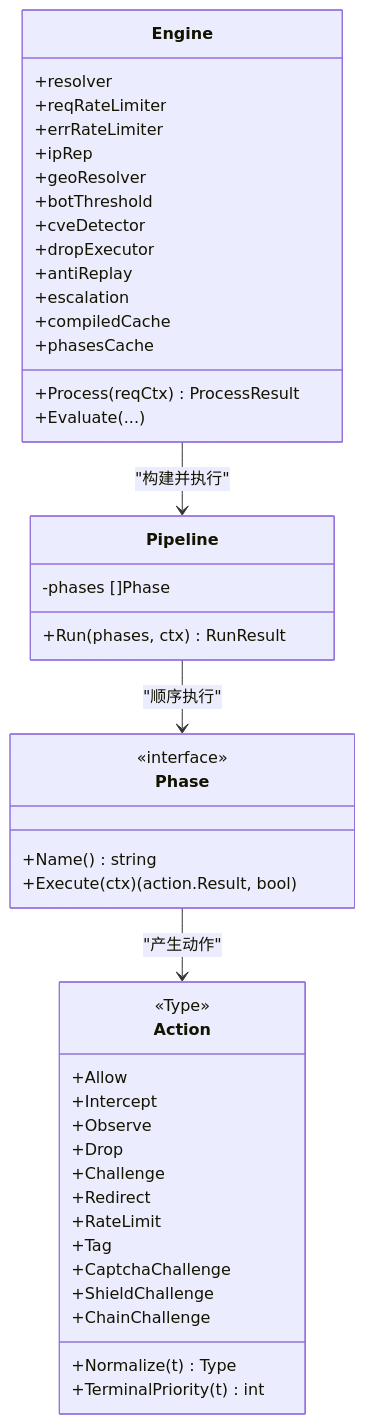
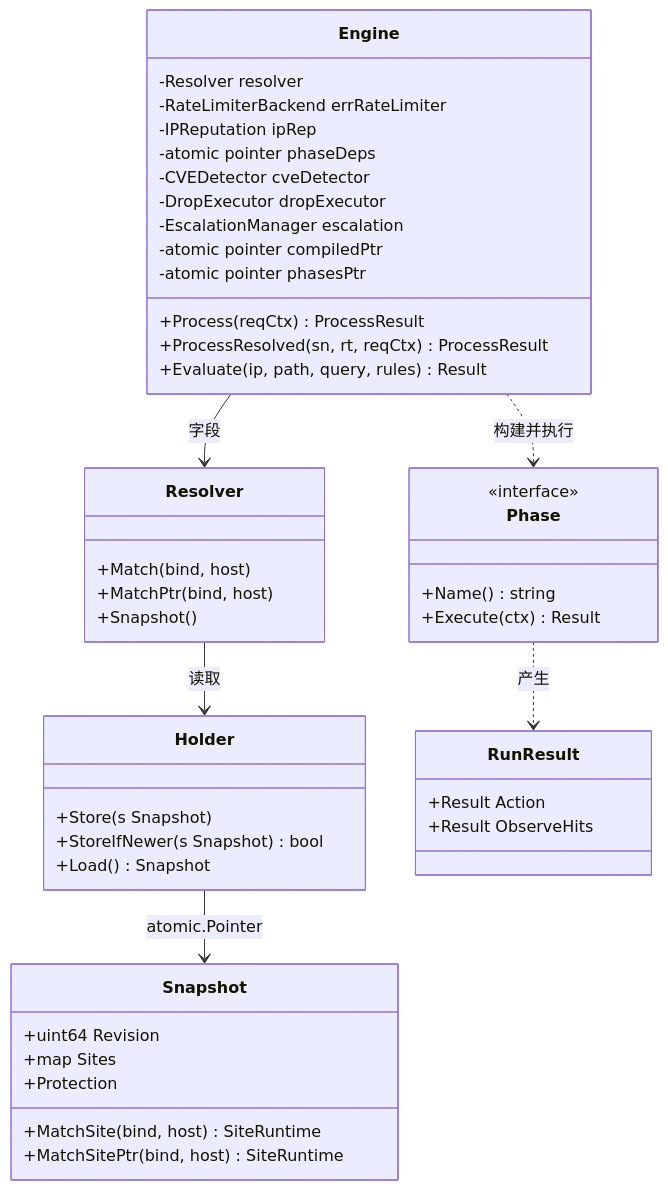
The second of 8 diagrams in docs/系统架构设计/组件关系图.md (x01n/My-OpenWaf), drawn with Mermaid before and after one commit. The commit also changed other lines of this file and 622 other files, not shown here.

````diff
--- a/docs/系统架构设计/组件关系图.md
+++ b/docs/系统架构设计/组件关系图.md
@@ -187,47 +195,48 @@
 ```mermaid
 classDiagram
+class Holder {
++Store(s Snapshot)
++StoreIfNewer(s Snapshot) bool
++Load() Snapshot
+}
+class Snapshot {
++uint64 Revision
++map Sites
++Protection
++MatchSite(bind, host) SiteRuntime
++MatchSitePtr(bind, host) SiteRuntime
+}
+class Resolver {
++Match(bind, host)
++MatchPtr(bind, host)
++Snapshot()
+}
 class Engine {
-+resolver
-+reqRateLimiter
-+errRateLimiter
-+ipRep
-+geoResolver
-+botThreshold
-+cveDetector
-+dropExecutor
-+antiReplay
-+escalation
-+compiledCache
-+phasesCache
+-Resolver resolver
+-RateLimiterBackend errRateLimiter
+-IPReputation ipRep
+-atomic pointer phaseDeps
+-CVEDetector cveDetector
+-DropExecutor dropExecutor
+-EscalationManager escalation
+-atomic pointer compiledPtr
+-atomic pointer phasesPtr
 +Process(reqCtx) ProcessResult
-+Evaluate(...)
-}
-class Pipeline {
--phases []Phase
-+Run(phases, ctx) RunResult
++ProcessResolved(sn, rt, reqCtx) ProcessResult
++Evaluate(ip, path, query, rules) Result
 }
 class Phase {
 <<interface>>
 +Name() string
-+Execute(ctx) (action.Result, bool)
++Execute(ctx) Result
 }
-class Action {
-<<Type>>
-+Allow
-+Intercept
-+Observe
-+Drop
-+Challenge
-+Redirect
-+RateLimit
-+Tag
-+CaptchaChallenge
-+ShieldChallenge
-+ChainChallenge
-+Normalize(t) Type
-+TerminalPriority(t) int
+class RunResult {
++Result Action
++Result ObserveHits
 }
-Engine --> Pipeline : "构建并执行"
-Pipeline --> Phase : "顺序执行"
-Phase --> Action : "产生动作"
+Holder --> Snapshot : atomic.Pointer
+Resolver --> Holder : 读取
+Engine --> Resolver : 字段
+Engine ..> Phase : 构建并执行
+Phase ..> RunResult : 产生
 ```
````
